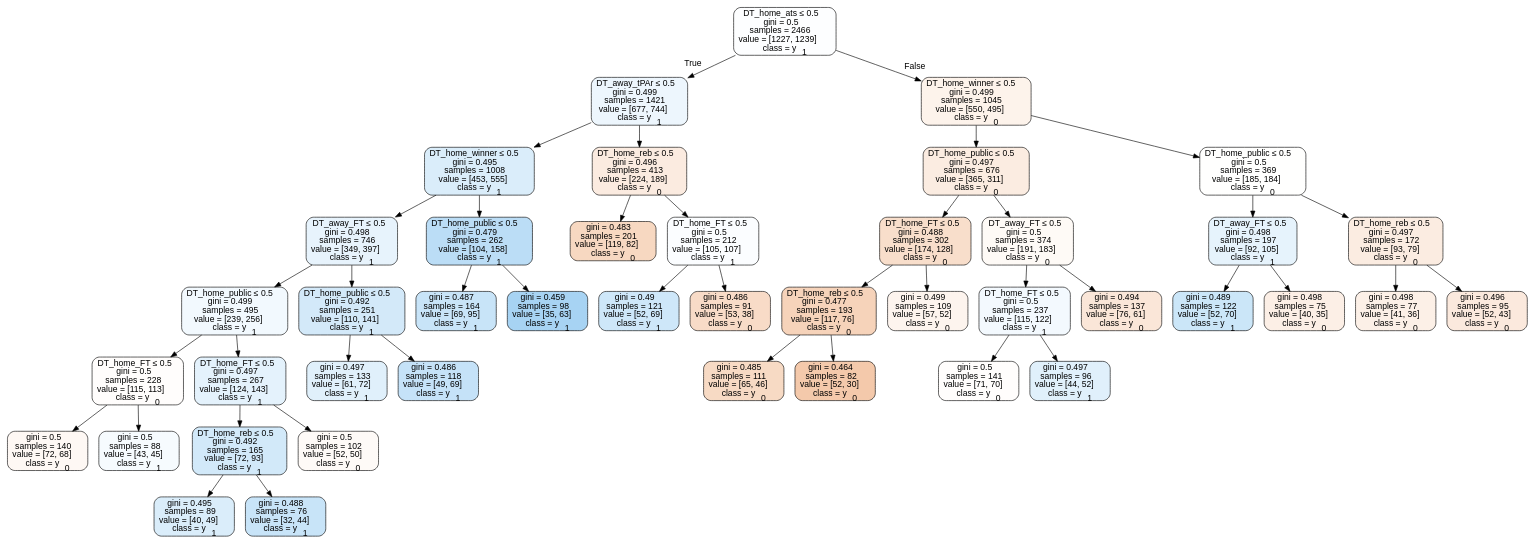
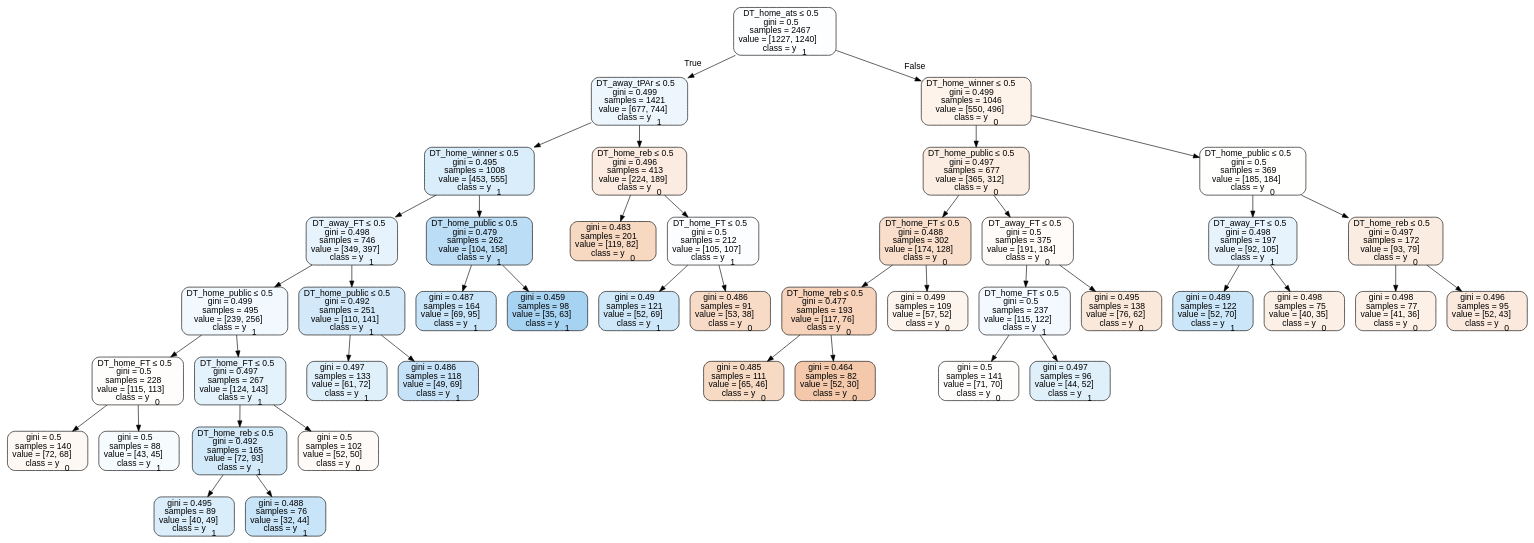
One commit to usbogie/ncaa-bets changed the diagram in Basketball/data/trees/tree2017neutral.dot. Above: the diagram before and after it, drawn with Graphviz. The commit also changed 29 other files, not shown here.

```diff
--- a/Basketball/data/trees/tree2017neutral.dot
+++ b/Basketball/data/trees/tree2017neutral.dot
@@ -1,89 +1,89 @@
 digraph Tree {
 node [shape=box, style="filled, rounded", color="black", fontname=helvetica] ;
 edge [fontname=helvetica] ;
-0 [label=<DT_home_ats &le; 0.5<br/>gini = 0.5<br/>samples = 2466<br/>value = [1227, 1239]<br/>class = y<SUB>1</SUB>>, fillcolor="#399de502"] ;
+0 [label=<DT_home_ats &le; 0.5<br/>gini = 0.5<br/>samples = 2467<br/>value = [1227, 1240]<br/>class = y<SUB>1</SUB>>, fillcolor="#399de503"] ;
 1 [label=<DT_away_tPAr &le; 0.5<br/>gini = 0.499<br/>samples = 1421<br/>value = [677, 744]<br/>class = y<SUB>1</SUB>>, fillcolor="#399de517"] ;
 0 -> 1 [labeldistance=2.5, labelangle=45, headlabel="True"] ;
 2 [label=<DT_home_winner &le; 0.5<br/>gini = 0.495<br/>samples = 1008<br/>value = [453, 555]<br/>class = y<SUB>1</SUB>>, fillcolor="#399de52f"] ;
 1 -> 2 ;
 3 [label=<DT_away_FT &le; 0.5<br/>gini = 0.498<br/>samples = 746<br/>value = [349, 397]<br/>class = y<SUB>1</SUB>>, fillcolor="#399de51f"] ;
 2 -> 3 ;
 4 [label=<DT_home_public &le; 0.5<br/>gini = 0.499<br/>samples = 495<br/>value = [239, 256]<br/>class = y<SUB>1</SUB>>, fillcolor="#399de511"] ;
 3 -> 4 ;
 5 [label=<DT_home_FT &le; 0.5<br/>gini = 0.5<br/>samples = 228<br/>value = [115, 113]<br/>class = y<SUB>0</SUB>>, fillcolor="#e5813904"] ;
 4 -> 5 ;
 6 [label=<gini = 0.5<br/>samples = 140<br/>value = [72, 68]<br/>class = y<SUB>0</SUB>>, fillcolor="#e581390e"] ;
 5 -> 6 ;
 7 [label=<gini = 0.5<br/>samples = 88<br/>value = [43, 45]<br/>class = y<SUB>1</SUB>>, fillcolor="#399de50b"] ;
 5 -> 7 ;
 8 [label=<DT_home_FT &le; 0.5<br/>gini = 0.497<br/>samples = 267<br/>value = [124, 143]<br/>class = y<SUB>1</SUB>>, fillcolor="#399de522"] ;
 4 -> 8 ;
 9 [label=<DT_home_reb &le; 0.5<br/>gini = 0.492<br/>samples = 165<br/>value = [72, 93]<br/>class = y<SUB>1</SUB>>, fillcolor="#399de53a"] ;
 8 -> 9 ;
 10 [label=<gini = 0.495<br/>samples = 89<br/>value = [40, 49]<br/>class = y<SUB>1</SUB>>, fillcolor="#399de52f"] ;
 9 -> 10 ;
 11 [label=<gini = 0.488<br/>samples = 76<br/>value = [32, 44]<br/>class = y<SUB>1</SUB>>, fillcolor="#399de546"] ;
 9 -> 11 ;
 12 [label=<gini = 0.5<br/>samples = 102<br/>value = [52, 50]<br/>class = y<SUB>0</SUB>>, fillcolor="#e581390a"] ;
 8 -> 12 ;
 13 [label=<DT_home_public &le; 0.5<br/>gini = 0.492<br/>samples = 251<br/>value = [110, 141]<br/>class = y<SUB>1</SUB>>, fillcolor="#399de538"] ;
 3 -> 13 ;
 14 [label=<gini = 0.497<br/>samples = 133<br/>value = [61, 72]<br/>class = y<SUB>1</SUB>>, fillcolor="#399de527"] ;
 13 -> 14 ;
 15 [label=<gini = 0.486<br/>samples = 118<br/>value = [49, 69]<br/>class = y<SUB>1</SUB>>, fillcolor="#399de54a"] ;
 13 -> 15 ;
 16 [label=<DT_home_public &le; 0.5<br/>gini = 0.479<br/>samples = 262<br/>value = [104, 158]<br/>class = y<SUB>1</SUB>>, fillcolor="#399de557"] ;
 2 -> 16 ;
 17 [label=<gini = 0.487<br/>samples = 164<br/>value = [69, 95]<br/>class = y<SUB>1</SUB>>, fillcolor="#399de546"] ;
 16 -> 17 ;
 18 [label=<gini = 0.459<br/>samples = 98<br/>value = [35, 63]<br/>class = y<SUB>1</SUB>>, fillcolor="#399de571"] ;
 16 -> 18 ;
 19 [label=<DT_home_reb &le; 0.5<br/>gini = 0.496<br/>samples = 413<br/>value = [224, 189]<br/>class = y<SUB>0</SUB>>, fillcolor="#e5813928"] ;
 1 -> 19 ;
 20 [label=<gini = 0.483<br/>samples = 201<br/>value = [119, 82]<br/>class = y<SUB>0</SUB>>, fillcolor="#e581394f"] ;
 19 -> 20 ;
 21 [label=<DT_home_FT &le; 0.5<br/>gini = 0.5<br/>samples = 212<br/>value = [105, 107]<br/>class = y<SUB>1</SUB>>, fillcolor="#399de505"] ;
 19 -> 21 ;
 22 [label=<gini = 0.49<br/>samples = 121<br/>value = [52, 69]<br/>class = y<SUB>1</SUB>>, fillcolor="#399de53f"] ;
 21 -> 22 ;
 23 [label=<gini = 0.486<br/>samples = 91<br/>value = [53, 38]<br/>class = y<SUB>0</SUB>>, fillcolor="#e5813948"] ;
 21 -> 23 ;
-24 [label=<DT_home_winner &le; 0.5<br/>gini = 0.499<br/>samples = 1045<br/>value = [550, 495]<br/>class = y<SUB>0</SUB>>, fillcolor="#e5813919"] ;
+24 [label=<DT_home_winner &le; 0.5<br/>gini = 0.499<br/>samples = 1046<br/>value = [550, 496]<br/>class = y<SUB>0</SUB>>, fillcolor="#e5813919"] ;
 0 -> 24 [labeldistance=2.5, labelangle=-45, headlabel="False"] ;
-25 [label=<DT_home_public &le; 0.5<br/>gini = 0.497<br/>samples = 676<br/>value = [365, 311]<br/>class = y<SUB>0</SUB>>, fillcolor="#e5813926"] ;
+25 [label=<DT_home_public &le; 0.5<br/>gini = 0.497<br/>samples = 677<br/>value = [365, 312]<br/>class = y<SUB>0</SUB>>, fillcolor="#e5813925"] ;
 24 -> 25 ;
 26 [label=<DT_home_FT &le; 0.5<br/>gini = 0.488<br/>samples = 302<br/>value = [174, 128]<br/>class = y<SUB>0</SUB>>, fillcolor="#e5813943"] ;
 25 -> 26 ;
 27 [label=<DT_home_reb &le; 0.5<br/>gini = 0.477<br/>samples = 193<br/>value = [117, 76]<br/>class = y<SUB>0</SUB>>, fillcolor="#e5813959"] ;
 26 -> 27 ;
 28 [label=<gini = 0.485<br/>samples = 111<br/>value = [65, 46]<br/>class = y<SUB>0</SUB>>, fillcolor="#e581394b"] ;
 27 -> 28 ;
 29 [label=<gini = 0.464<br/>samples = 82<br/>value = [52, 30]<br/>class = y<SUB>0</SUB>>, fillcolor="#e581396c"] ;
 27 -> 29 ;
 30 [label=<gini = 0.499<br/>samples = 109<br/>value = [57, 52]<br/>class = y<SUB>0</SUB>>, fillcolor="#e5813916"] ;
 26 -> 30 ;
-31 [label=<DT_away_FT &le; 0.5<br/>gini = 0.5<br/>samples = 374<br/>value = [191, 183]<br/>class = y<SUB>0</SUB>>, fillcolor="#e581390b"] ;
+31 [label=<DT_away_FT &le; 0.5<br/>gini = 0.5<br/>samples = 375<br/>value = [191, 184]<br/>class = y<SUB>0</SUB>>, fillcolor="#e5813909"] ;
 25 -> 31 ;
 32 [label=<DT_home_FT &le; 0.5<br/>gini = 0.5<br/>samples = 237<br/>value = [115, 122]<br/>class = y<SUB>1</SUB>>, fillcolor="#399de50f"] ;
 31 -> 32 ;
 33 [label=<gini = 0.5<br/>samples = 141<br/>value = [71, 70]<br/>class = y<SUB>0</SUB>>, fillcolor="#e5813904"] ;
 32 -> 33 ;
 34 [label=<gini = 0.497<br/>samples = 96<br/>value = [44, 52]<br/>class = y<SUB>1</SUB>>, fillcolor="#399de527"] ;
 32 -> 34 ;
-35 [label=<gini = 0.494<br/>samples = 137<br/>value = [76, 61]<br/>class = y<SUB>0</SUB>>, fillcolor="#e5813932"] ;
+35 [label=<gini = 0.495<br/>samples = 138<br/>value = [76, 62]<br/>class = y<SUB>0</SUB>>, fillcolor="#e581392f"] ;
 31 -> 35 ;
 36 [label=<DT_home_public &le; 0.5<br/>gini = 0.5<br/>samples = 369<br/>value = [185, 184]<br/>class = y<SUB>0</SUB>>, fillcolor="#e5813901"] ;
 24 -> 36 ;
 37 [label=<DT_away_FT &le; 0.5<br/>gini = 0.498<br/>samples = 197<br/>value = [92, 105]<br/>class = y<SUB>1</SUB>>, fillcolor="#399de520"] ;
 36 -> 37 ;
 38 [label=<gini = 0.489<br/>samples = 122<br/>value = [52, 70]<br/>class = y<SUB>1</SUB>>, fillcolor="#399de542"] ;
 37 -> 38 ;
 39 [label=<gini = 0.498<br/>samples = 75<br/>value = [40, 35]<br/>class = y<SUB>0</SUB>>, fillcolor="#e5813920"] ;
 37 -> 39 ;
 40 [label=<DT_home_reb &le; 0.5<br/>gini = 0.497<br/>samples = 172<br/>value = [93, 79]<br/>class = y<SUB>0</SUB>>, fillcolor="#e5813926"] ;
 36 -> 40 ;
 41 [label=<gini = 0.498<br/>samples = 77<br/>value = [41, 36]<br/>class = y<SUB>0</SUB>>, fillcolor="#e581391f"] ;
 40 -> 41 ;
 42 [label=<gini = 0.496<br/>samples = 95<br/>value = [52, 43]<br/>class = y<SUB>0</SUB>>, fillcolor="#e581392c"] ;
 40 -> 42 ;
 }
```
